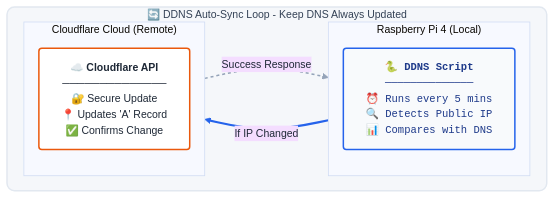
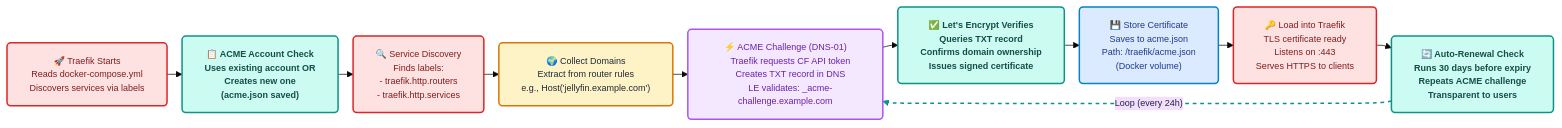
One commit to charan-altro/self-host-lab changed the second of 4 diagrams in README.md. Above: the diagram before and after it, drawn with Mermaid. The commit also changed other lines of this file, not shown here.

````diff
--- a/README.md
+++ b/README.md
@@ -9,52 +111,73 @@
 ```mermaid
 %%{init: {
   'theme': 'base',
   'themeVariables': {
     'background': '#F5F7FA',
     'primaryTextColor': '#1F2937',
-    'lineColor': '#64748B',
-    'fontSize': '14px'
+    'fontSize': '12px'
   },
-  'flowchart': { 'rankSpacing': 20, 'nodeSpacing': 20 }
+  'flowchart': { 'rankSpacing': 20, 'nodeSpacing': 15 }
 }}%%
 flowchart LR
-    %% --- STYLES ---
-    classDef base fill:#FFFFFF,stroke:#CBD5E1,stroke-width:1px,color:#1F2937,rx:4,ry:4,shadow:true
-    classDef script fill:#F8FAFC,stroke:#2563EB,stroke-width:2px,color:#1E3A8A,rx:4,ry:4,font-family:monospace,align:left
-    classDef cloud fill:#FFFFFF,stroke:#EA580C,stroke-width:2px,color:#1F2937,rx:4,ry:4,shadow:true
+    classDef boot fill:#FEE2E2,stroke:#DC2626,stroke-width:2px,color:#7F1D1D,rx:5,ry:5
+    classDef acme fill:#CCFBF1,stroke:#0D9488,stroke-width:2px,color:#134E4A,rx:5,ry:5,font-weight:bold
+    classDef challenge fill:#F3E8FF,stroke:#A855F7,stroke-width:2px,color:#6B21A8,rx:5,ry:5
+    classDef stored fill:#DBEAFE,stroke:#0284C7,stroke-width:2px,color:#1E3A8A,rx:5,ry:5
+    classDef client fill:#FEF3C7,stroke:#D97706,stroke-width:2px,color:#1F2937,rx:5,ry:5
 
-    %% --- STRUCTURE ---
-    subgraph Maintenance ["🔄 DDNS Auto-Sync Loop - Keep DNS Always Updated"]
-        direction LR
-        
-        %% RASPBERRY PI SIDE
-        subgraph Pi ["Raspberry Pi 4 (Local)"]
-            direction TB
-            DDNS_Script["🐍 <b>DDNS Script</b>
-            ──────────────
-            ⏰ Runs every 5 mins
-            🔍 Detects Public IP
-            📊 Compares with DNS"]:::script
-        end
+    Start["🚀 Traefik Starts
+    Reads docker-compose.yml
+    Discovers services via labels"]:::boot
 
-        %% CLOUDFLARE SIDE
-        subgraph Cloud ["Cloudflare Cloud (Remote)"]
-            direction TB
-            API["☁️ <b>Cloudflare API</b>
-            ──────────────
-            🔐 Secure Update
-            📍 Updates 'A' Record
-            ✅ Confirms Change"]:::cloud
-        end
-    end
+    ACME["📋 ACME Account Check
+    Uses existing account OR
+    Creates new one
+    (acme.json saved)"]:::acme
 
-    %% --- LOGIC FLOW ---
-    DDNS_Script ==>|"If IP Changed"| API
-    API -.->|"Success Response"| DDNS_Script
+    Discover["🔍 Service Discovery
+    Finds labels:
+    - traefik.http.routers
+    - traefik.http.services"]:::boot
 
-    %% --- STYLES ---
-    class Maintenance masterZone
-    classDef masterZone fill:#F5F7FA,stroke:#E2E8F0,stroke-width:2px,rx:10,ry:10,color:#334155
-    linkStyle 0 stroke:#2563EB,stroke-width:3px
-    linkStyle 1 stroke:#94A3B8,stroke-width:2px,stroke-dasharray: 4 4
+    Domain["🌍 Collect Domains
+    Extract from router rules
+    e.g., Host('jellyfin.example.com')"]:::client
+
+    Challenge["⚡ ACME Challenge (DNS-01)
+    Traefik requests CF API token
+    Creates TXT record in DNS
+    LE validates: _acme-challenge.example.com"]:::challenge
+
+    Verify["✅ Let's Encrypt Verifies
+    Queries TXT record
+    Confirms domain ownership
+    Issues signed certificate"]:::acme
+
+    Store["💾 Store Certificate
+    Saves to acme.json
+    Path: /traefik/acme.json
+    (Docker volume)"]:::stored
+
+    Load["🔑 Load into Traefik
+    TLS certificate ready
+    Listens on :443
+    Serves HTTPS to clients"]:::boot
+
+    Renew["🔄 Auto-Renewal Check
+    Runs 30 days before expiry
+    Repeats ACME challenge
+    Transparent to users"]:::acme
+
+    Start --> ACME
+    ACME --> Discover
+    Discover --> Domain
+    Domain --> Challenge
+    Challenge --> Verify
+    Verify --> Store
+    Store --> Load
+    Load --> Renew
+    Renew -.->|"Loop (every 24h)"| Challenge
+
+    %% Link Styles
+    linkStyle 8 stroke:#0D9488,stroke-width:2px,stroke-dasharray: 5 5
 ```
````
